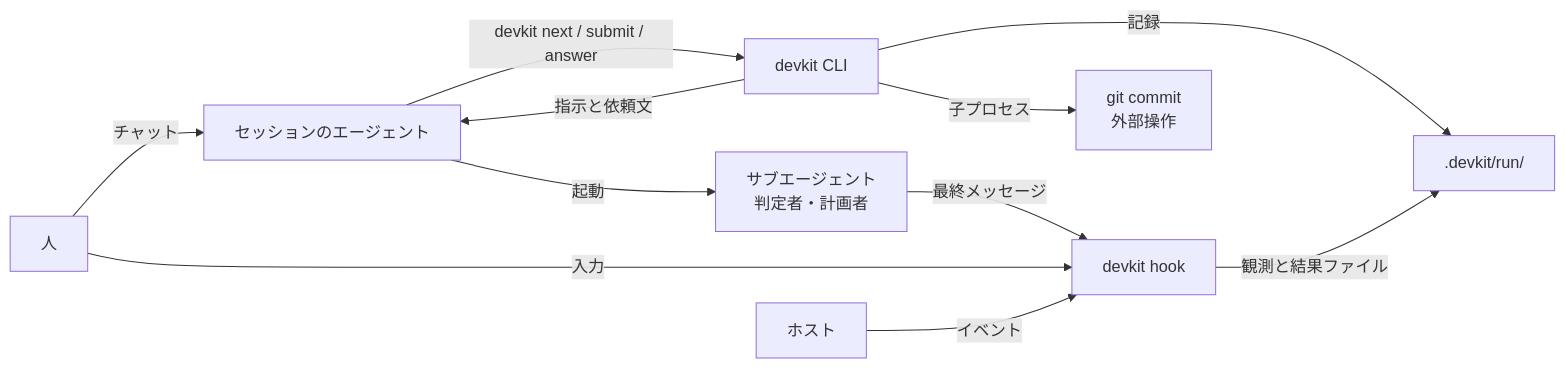
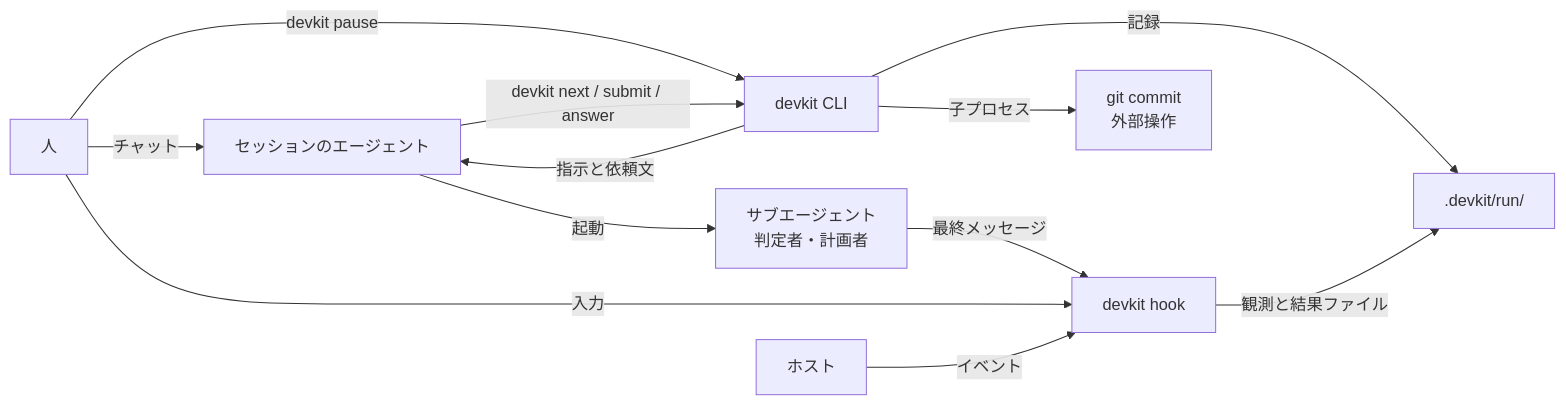
The diagram in docs/architecture.md (ildjenty/dev-kit), drawn with Mermaid before and after one commit. The commit also changed other lines of this file and 13 other files, not shown here.

````diff
--- a/docs/architecture.md
+++ b/docs/architecture.md
@@ -9,13 +9,14 @@
 ```mermaid
 graph LR
   human[人] -- チャット --> agent[セッションのエージェント]
+  human -- "devkit pause" --> devkit
   agent -- "devkit next / submit / answer" --> devkit[devkit CLI]
   devkit -- 指示と依頼文 --> agent
   devkit -- 記録 --> run[.devkit/run/]
   agent -- 起動 --> sub[サブエージェント<br/>判定者・計画者]
   sub -- 最終メッセージ --> hook[devkit hook]
   human -- 入力 --> hook
   hook -- 観測と結果ファイル --> run
   devkit -- 子プロセス --> cmd[git commit<br/>外部操作]
   host[ホスト] -- イベント --> hook
 ```
````
